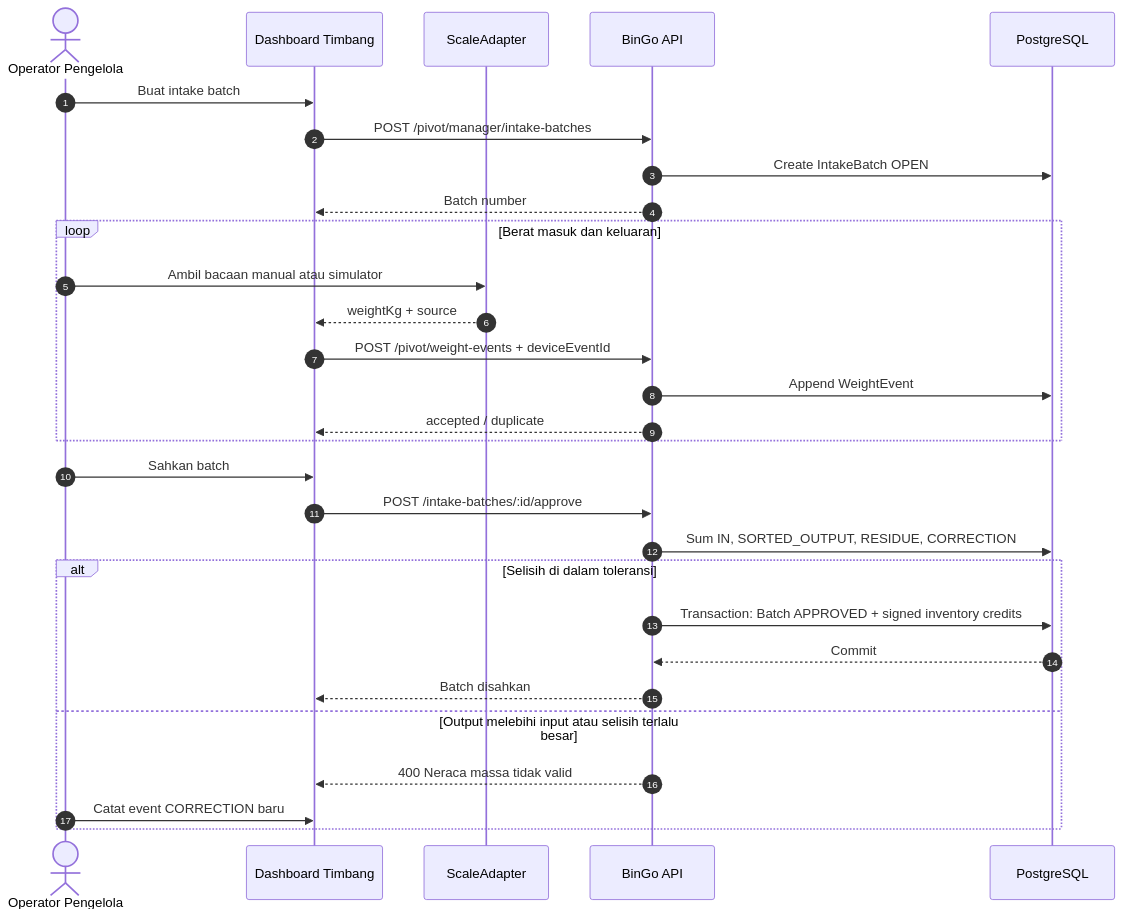
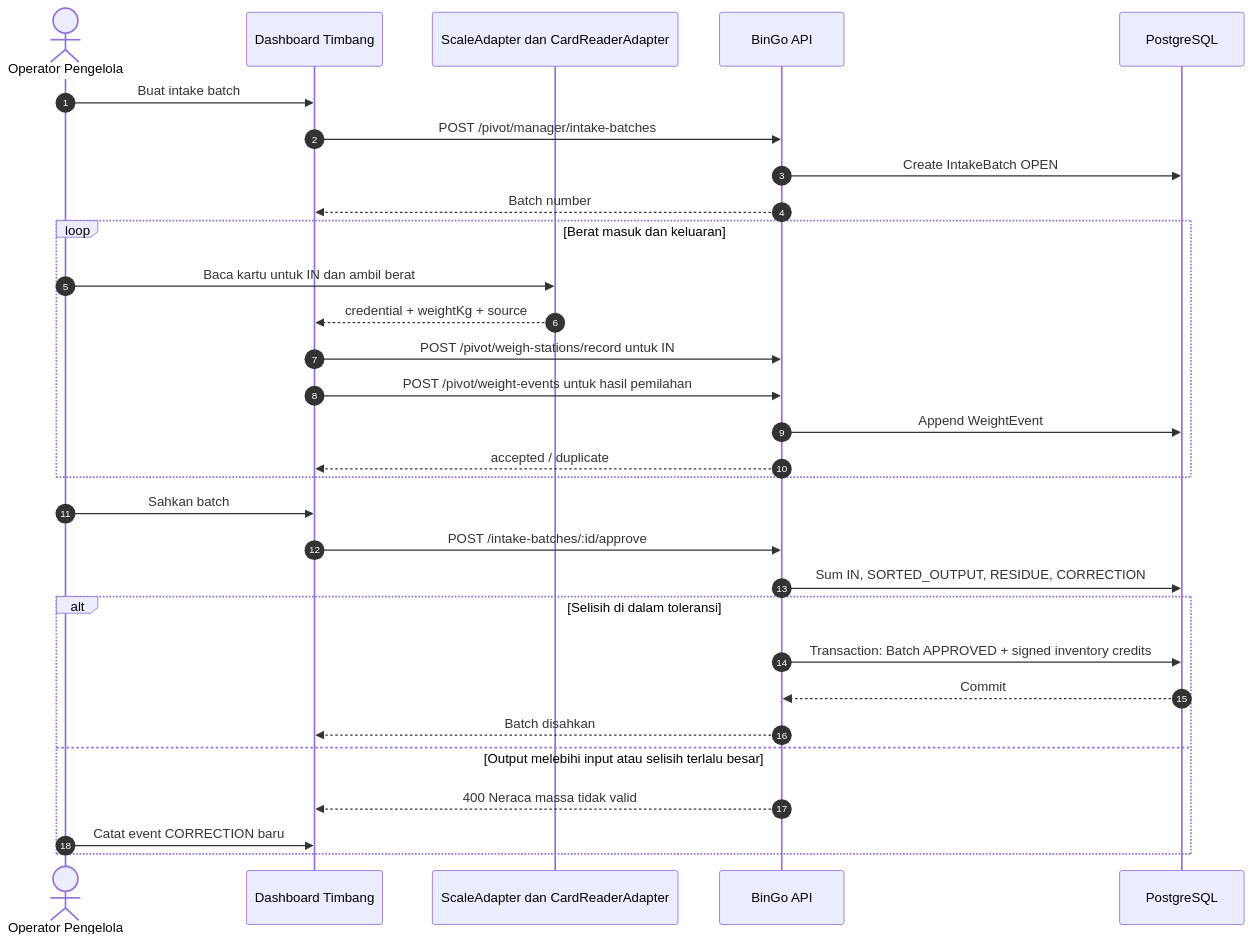
One commit to mips-avr/BinGo changed diagram 13 of 25 in docs/MERMAID-ARCHITECTURE-DIAGRAMS.md. Above: the diagram before and after it, drawn with Mermaid. The commit also changed other lines of this file and 8 other files, not shown here.

````diff
--- a/docs/MERMAID-ARCHITECTURE-DIAGRAMS.md
+++ b/docs/MERMAID-ARCHITECTURE-DIAGRAMS.md
@@ -473,35 +459,36 @@
 ```mermaid
 sequenceDiagram
     autonumber
     actor Operator as Operator Pengelola
     participant UI as Dashboard Timbang
-    participant Scale as ScaleAdapter
+    participant Scale as ScaleAdapter dan CardReaderAdapter
     participant API as BinGo API
     participant DB as PostgreSQL
 
     Operator->>UI: Buat intake batch
     UI->>API: POST /pivot/manager/intake-batches
     API->>DB: Create IntakeBatch OPEN
     API-->>UI: Batch number
 
     loop Berat masuk dan keluaran
-        Operator->>Scale: Ambil bacaan manual atau simulator
-        Scale-->>UI: weightKg + source
-        UI->>API: POST /pivot/weight-events + deviceEventId
+        Operator->>Scale: Baca kartu untuk IN dan ambil berat
+        Scale-->>UI: credential + weightKg + source
+        UI->>API: POST /pivot/weigh-stations/record untuk IN
+        UI->>API: POST /pivot/weight-events untuk hasil pemilahan
         API->>DB: Append WeightEvent
         API-->>UI: accepted / duplicate
     end
 
     Operator->>UI: Sahkan batch
     UI->>API: POST /intake-batches/:id/approve
     API->>DB: Sum IN, SORTED_OUTPUT, RESIDUE, CORRECTION
 
     alt Selisih di dalam toleransi
         API->>DB: Transaction: Batch APPROVED + signed inventory credits
         DB-->>API: Commit
         API-->>UI: Batch disahkan
     else Output melebihi input atau selisih terlalu besar
         API-->>UI: 400 Neraca massa tidak valid
         Operator->>UI: Catat event CORRECTION baru
     end
 ```
````
